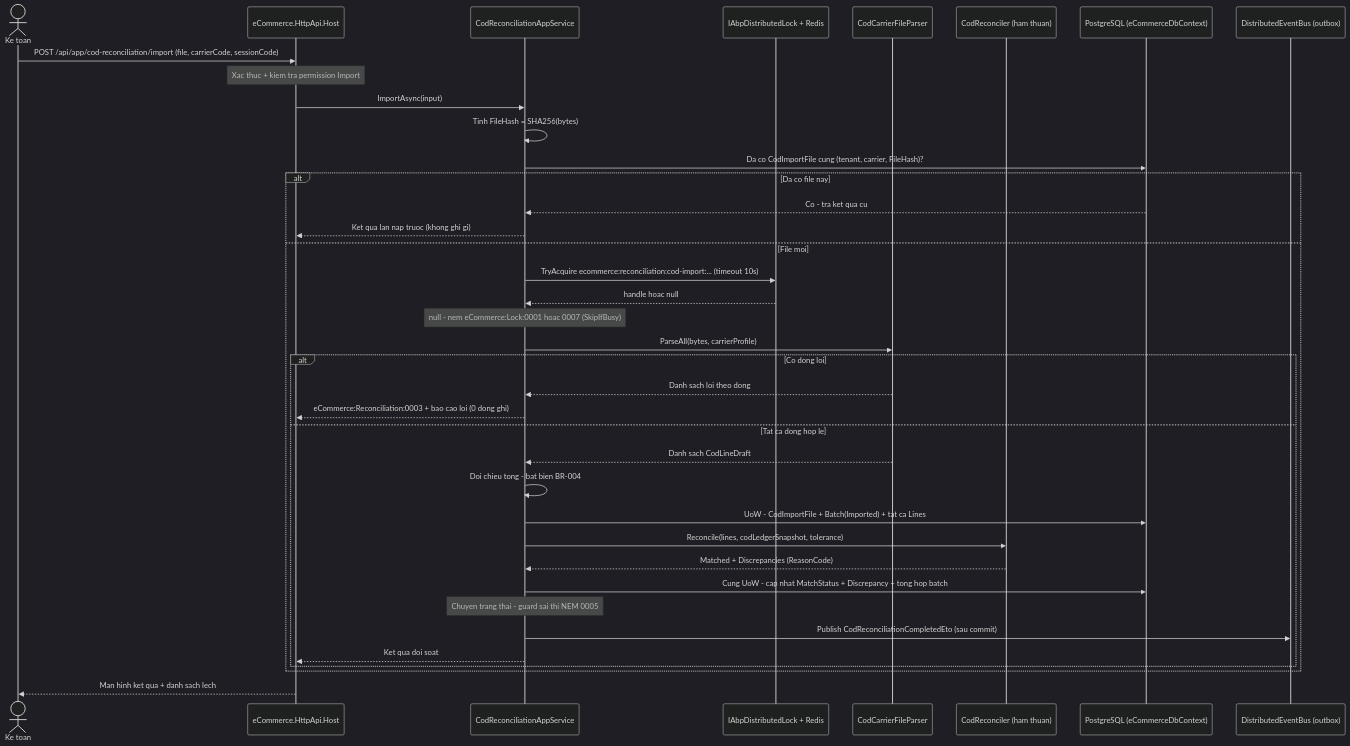
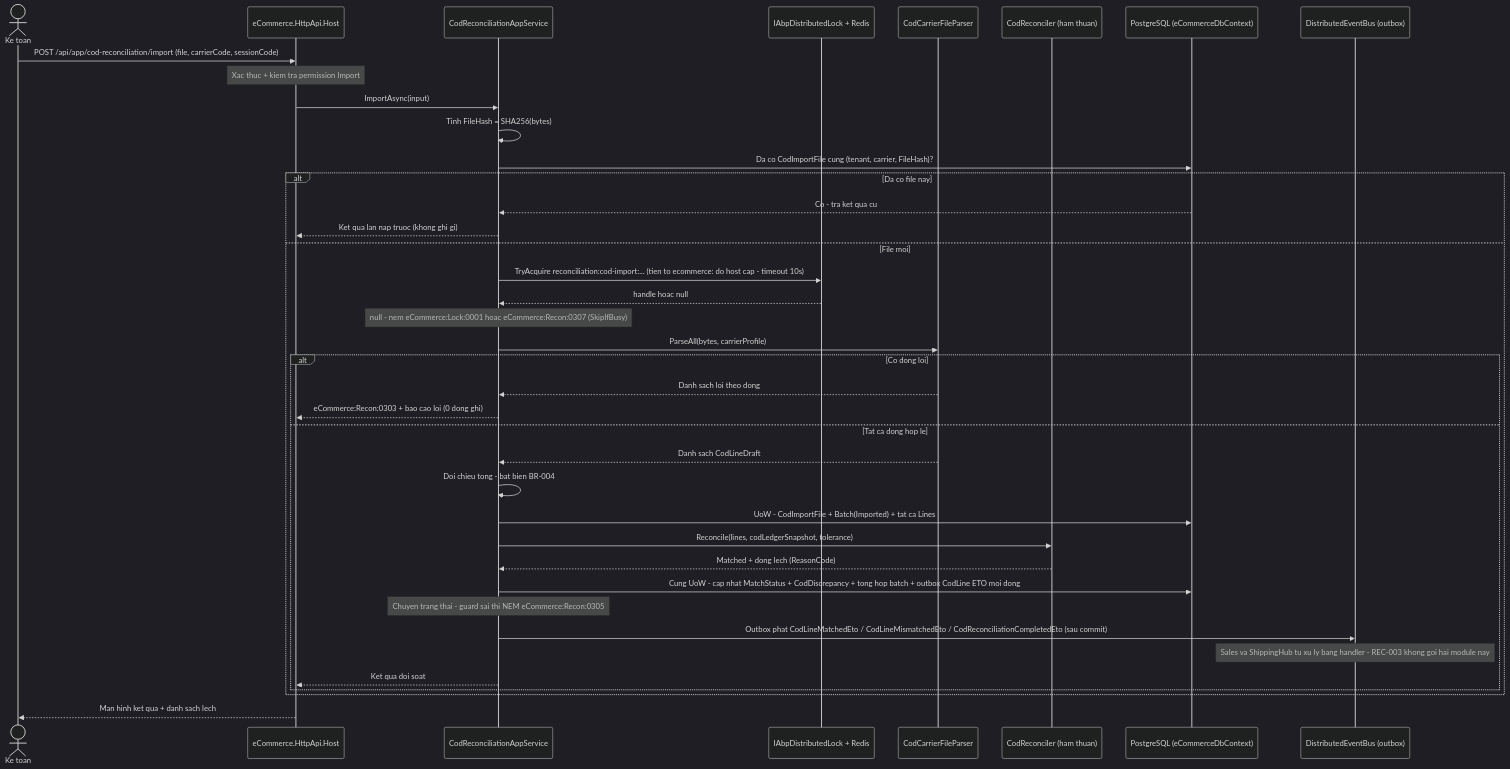
One commit to hungnt9801/eCommerce changed the third of 5 diagrams in docs/features/reconciliation/rec-003-doi-soat-cod-import-excel.md. Above: the diagram before and after it, drawn with Mermaid (dark theme). The commit also changed other lines of this file and 8 other files, not shown here.

````diff
--- a/docs/features/reconciliation/rec-003-doi-soat-cod-import-excel.md
+++ b/docs/features/reconciliation/rec-003-doi-soat-cod-import-excel.md
@@ -204,41 +207,42 @@
 ```mermaid
 sequenceDiagram
     actor ACC as Ke toan
     participant API as eCommerce.HttpApi.Host
     participant APP as CodReconciliationAppService
     participant LOCK as IAbpDistributedLock + Redis
     participant PRS as CodCarrierFileParser
     participant REC as CodReconciler (ham thuan)
     participant DB as PostgreSQL (eCommerceDbContext)
     participant BUS as DistributedEventBus (outbox)
 
     ACC->>API: POST /api/app/cod-reconciliation/import (file, carrierCode, sessionCode)
     Note over API: Xac thuc + kiem tra permission Import
     API->>APP: ImportAsync(input)
     APP->>APP: Tinh FileHash = SHA256(bytes)
     APP->>DB: Da co CodImportFile cung (tenant, carrier, FileHash)?
     alt Da co file nay
         DB-->>APP: Co - tra ket qua cu
         APP-->>API: Ket qua lan nap truoc (khong ghi gi)
     else File moi
-        APP->>LOCK: TryAcquire ecommerce:reconciliation:cod-import:... (timeout 10s)
+        APP->>LOCK: TryAcquire reconciliation:cod-import:... (tien to ecommerce: do host cap - timeout 10s)
         LOCK-->>APP: handle hoac null
-        Note over APP: null - nem eCommerce:Lock:0001 hoac 0007 (SkipIfBusy)
+        Note over APP: null - nem eCommerce:Lock:0001 hoac eCommerce:Recon:0307 (SkipIfBusy)
         APP->>PRS: ParseAll(bytes, carrierProfile)
         alt Co dong loi
             PRS-->>APP: Danh sach loi theo dong
-            APP-->>API: eCommerce:Reconciliation:0003 + bao cao loi (0 dong ghi)
+            APP-->>API: eCommerce:Recon:0303 + bao cao loi (0 dong ghi)
         else Tat ca dong hop le
             PRS-->>APP: Danh sach CodLineDraft
             APP->>APP: Doi chieu tong - bat bien BR-004
             APP->>DB: UoW - CodImportFile + Batch(Imported) + tat ca Lines
             APP->>REC: Reconcile(lines, codLedgerSnapshot, tolerance)
-            REC-->>APP: Matched + Discrepancies (ReasonCode)
-            APP->>DB: Cung UoW - cap nhat MatchStatus + Discrepancy + tong hop batch
-            Note over APP: Chuyen trang thai - guard sai thi NEM 0005
-            APP->>BUS: Publish CodReconciliationCompletedEto (sau commit)
+            REC-->>APP: Matched + dong lech (ReasonCode)
+            APP->>DB: Cung UoW - cap nhat MatchStatus + CodDiscrepancy + tong hop batch + outbox CodLine ETO moi dong
+            Note over APP: Chuyen trang thai - guard sai thi NEM eCommerce:Recon:0305
+            APP->>BUS: Outbox phat CodLineMatchedEto / CodLineMismatchedEto / CodReconciliationCompletedEto (sau commit)
+            Note over BUS: Sales va ShippingHub tu xu ly bang handler - REC-003 khong goi hai module nay
             APP-->>API: Ket qua doi soat
         end
     end
     API-->>ACC: Man hinh ket qua + danh sach lech
 ```
````
